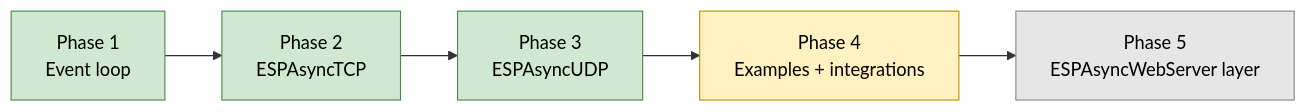
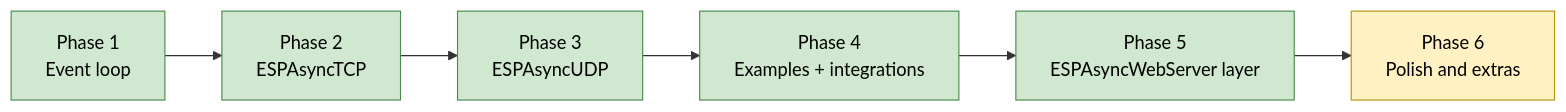
The diagram in wiki/Roadmap.md (JasonBolbach/ESPAsyncEmu), drawn with Mermaid before and after one commit. The commit also changed other lines of this file and 62 other files, not shown here.

First line of the commit message:
Add ESPAsyncWebServer layer, WebSocket/SSE, Arduino compat, examples and integrations

````diff
--- a/wiki/Roadmap.md
+++ b/wiki/Roadmap.md
@@ -3,10 +3,11 @@
 ```mermaid
 flowchart LR
     p1["Phase 1<br/>Event loop"]:::done --> p2["Phase 2<br/>ESPAsyncTCP"]:::done
     p2 --> p3["Phase 3<br/>ESPAsyncUDP"]:::done
-    p3 --> p4["Phase 4<br/>Examples + integrations"]:::next
-    p4 --> p5["Phase 5<br/>ESPAsyncWebServer layer"]:::later
+    p3 --> p4["Phase 4<br/>Examples + integrations"]:::done
+    p4 --> p5["Phase 5<br/>ESPAsyncWebServer layer"]:::done
+    p5 --> p6["Phase 6<br/>Polish and extras"]:::next
     classDef done fill:#cfe8cf,stroke:#4a8a4a,color:#000
     classDef next fill:#fff1c2,stroke:#b8920a,color:#000
     classDef later fill:#e6e6e6,stroke:#888,color:#000
 ```
````
